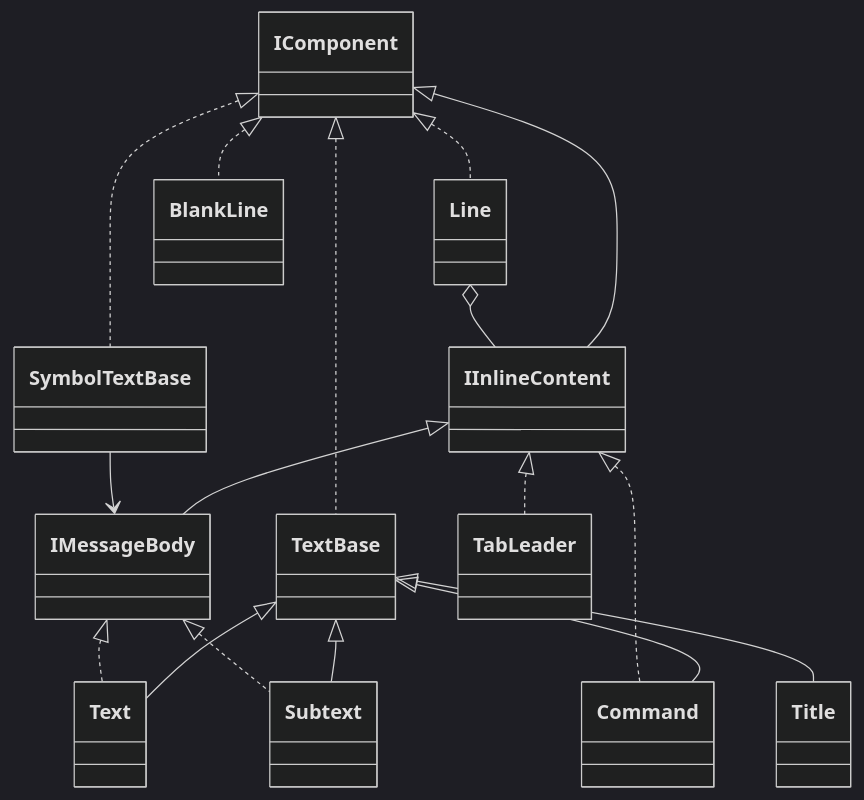
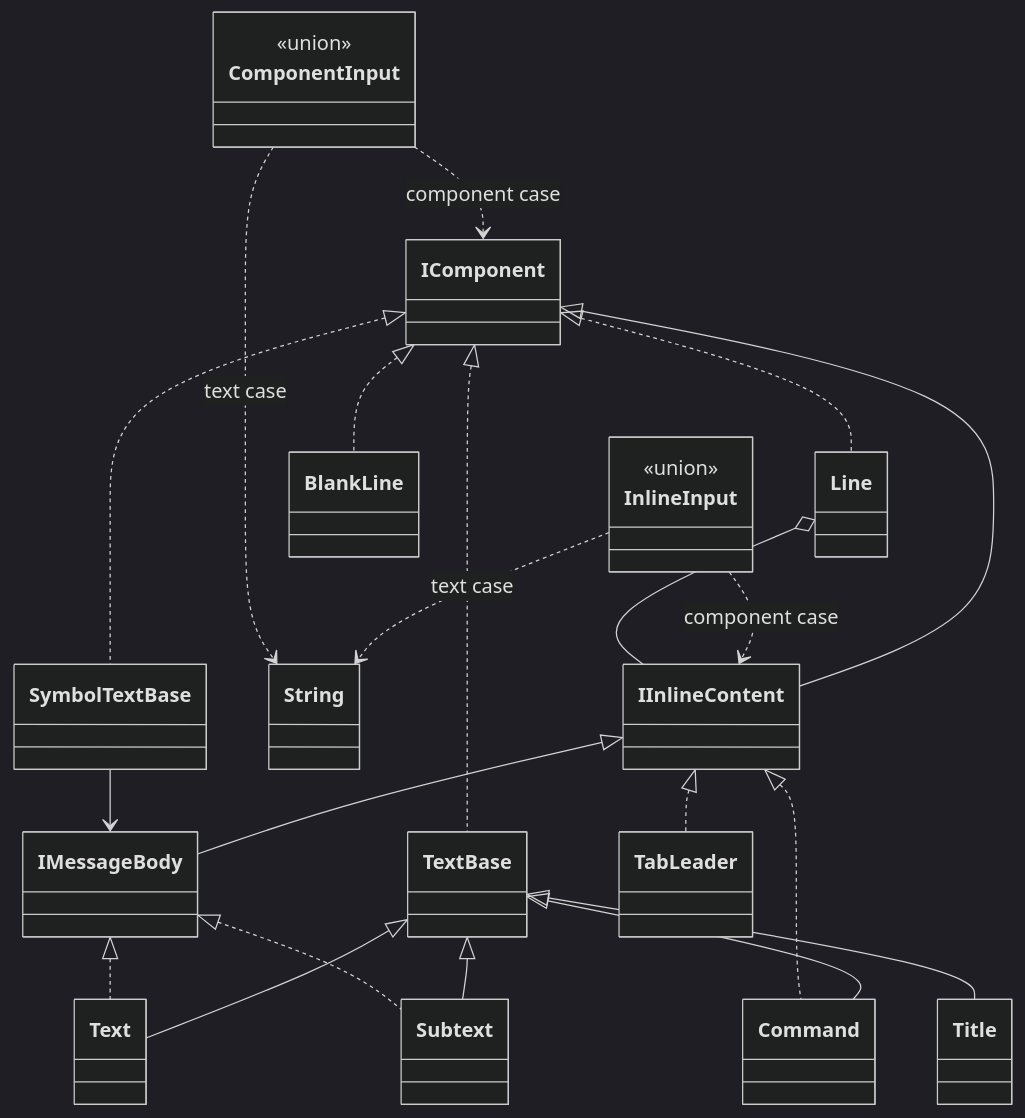
Before and after one commit to R3Neer/R3CLI: the diagram in docs/presentation/composition.md, drawn with Mermaid (dark theme). The commit also changed other lines of this file and 33 other files, not shown here.

````diff
--- a/docs/presentation/composition.md
+++ b/docs/presentation/composition.md
@@ -51,19 +57,25 @@
 ```mermaid
 classDiagram
     IComponent <|-- IInlineContent
     IInlineContent <|-- IMessageBody
     IComponent <|.. TextBase
     TextBase <|-- Text
     TextBase <|-- Subtext
     TextBase <|-- Title
     TextBase <|-- Command
     IMessageBody <|.. Text
     IMessageBody <|.. Subtext
     IInlineContent <|.. Command
     IInlineContent <|.. TabLeader
+    class InlineInput { <<union>> }
+    class ComponentInput { <<union>> }
+    InlineInput ..> IInlineContent : component case
+    InlineInput ..> String : text case
+    ComponentInput ..> IComponent : component case
+    ComponentInput ..> String : text case
     IComponent <|.. Line
     Line o-- IInlineContent
     IComponent <|.. BlankLine
     IComponent <|.. SymbolTextBase
     SymbolTextBase --> IMessageBody
 ```
````
